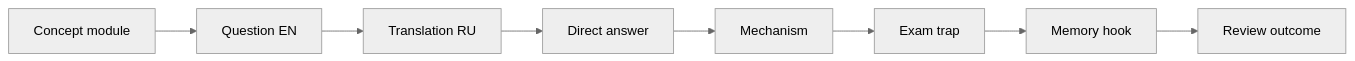
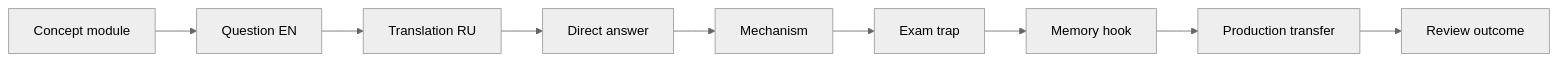
The diagram in 01_MAPS/Spring Map.md (alimbetov/obsidian), drawn with Mermaid (neutral theme) before and after one commit. The commit also changed other lines of this file, not shown here.

````diff
--- a/01_MAPS/Spring Map.md
+++ b/01_MAPS/Spring Map.md
@@ -19,10 +20,11 @@
 ```mermaid
 flowchart LR
     A[Concept module] --> B[Question EN]
     B --> C[Translation RU]
     C --> D[Direct answer]
     D --> E[Mechanism]
     E --> F[Exam trap]
     F --> G[Memory hook]
-    G --> H[Review outcome]
+    G --> H[Production transfer]
+    H --> I[Review outcome]
 ```
````
